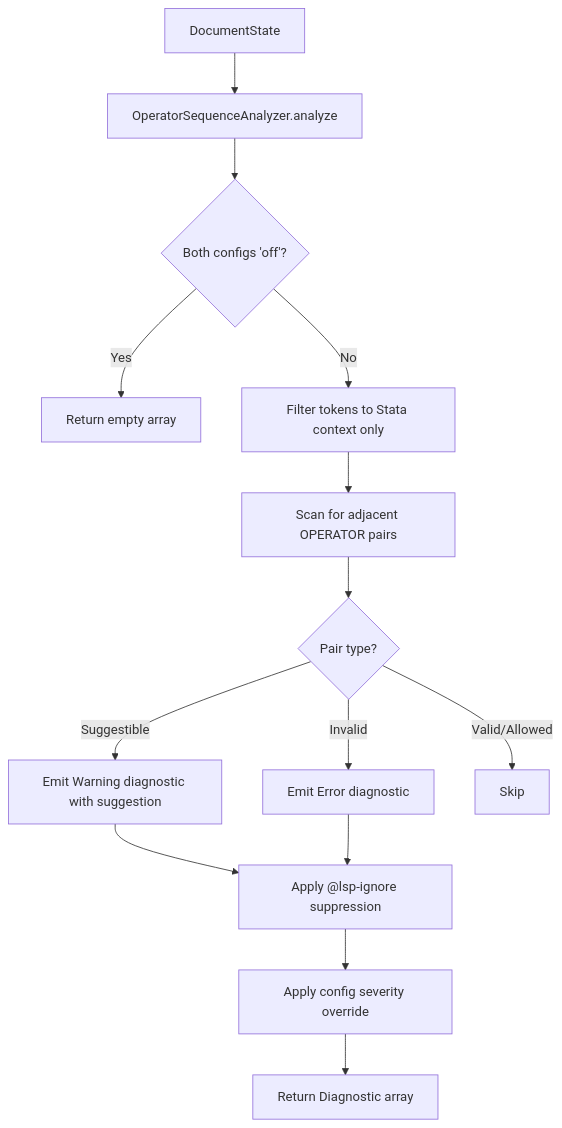
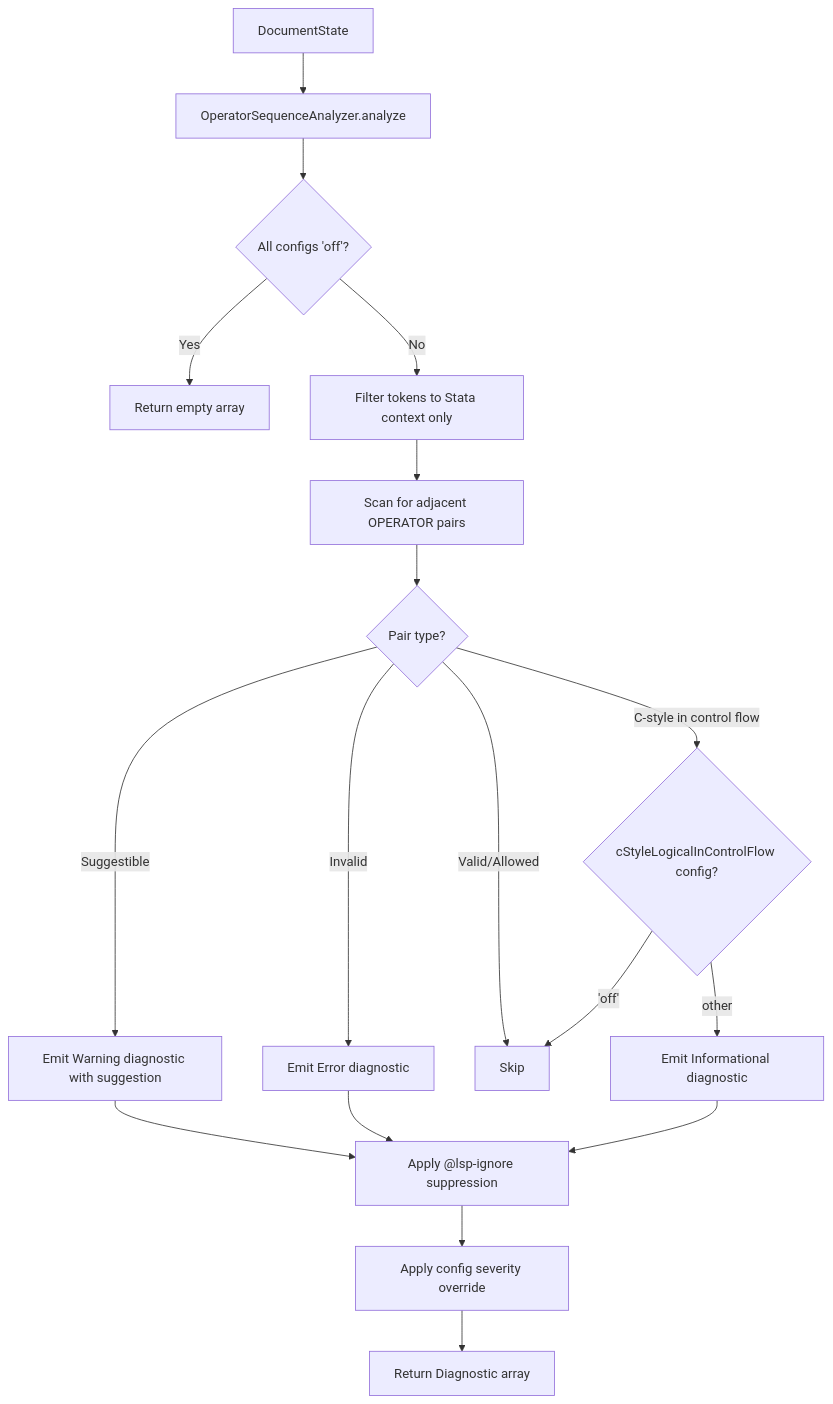
Before and after one commit to jbearak/sight: the first of 2 diagrams in .kiro/specs/malformed-operator-diagnostics/design.md, drawn with Mermaid. The commit also changed other lines of this file and 11 other files, not shown here.

````diff
--- a/.kiro/specs/malformed-operator-diagnostics/design.md
+++ b/.kiro/specs/malformed-operator-diagnostics/design.md
@@ -16,16 +21,20 @@
 ```mermaid
 flowchart TD
     A[DocumentState] --> B[OperatorSequenceAnalyzer.analyze]
-    B --> X{Both configs 'off'?}
+    B --> X{All configs 'off'?}
     X -->|Yes| Y[Return empty array]
     X -->|No| C[Filter tokens to Stata context only]
     C --> D[Scan for adjacent OPERATOR pairs]
     D --> E{Pair type?}
     E -->|Suggestible| F[Emit Warning diagnostic with suggestion]
     E -->|Invalid| G[Emit Error diagnostic]
-    E -->|Valid/Allowed| H[Skip]
-    F --> I[Apply @lsp-ignore suppression]
-    G --> I
-    I --> J[Apply config severity override]
-    J --> K[Return Diagnostic array]
+    E -->|C-style in control flow| H{cStyleLogicalInControlFlow config?}
+    E -->|Valid/Allowed| I[Skip]
+    H -->|'off'| I
+    H -->|other| J[Emit Informational diagnostic]
+    F --> K[Apply @lsp-ignore suppression]
+    G --> K
+    J --> K
+    K --> L[Apply config severity override]
+    L --> M[Return Diagnostic array]
 ```
````
